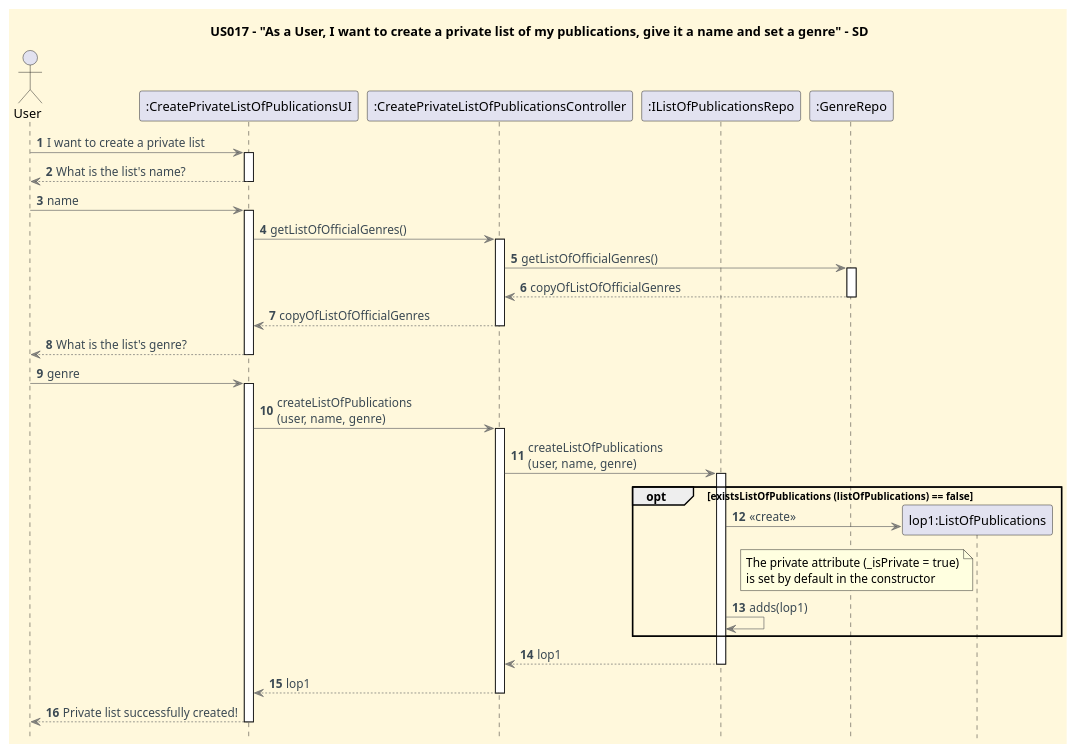
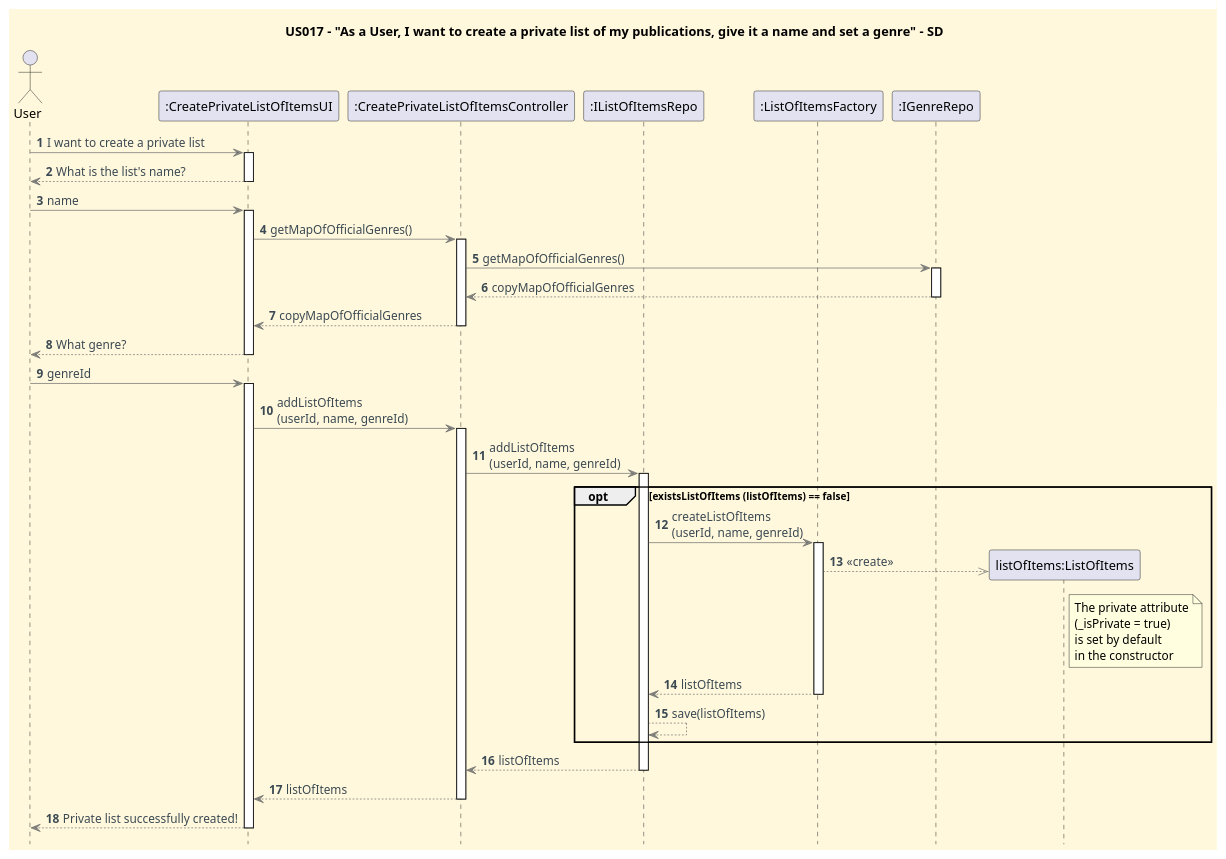
The diagram in docs/user-stories/US017/US017_to_create_a_private_list_SD.puml (CarolinaLeite-collab/JavaMarketplacePlatform), drawn with PlantUML before and after one commit. The commit also changed 1 other file, not shown here.

Commit message:
task: Updated CD and SD diagrams of US017 according to DDD guidelines, #483

```diff
--- a/docs/user-stories/US017/US017_to_create_a_private_list_SD.puml
+++ b/docs/user-stories/US017/US017_to_create_a_private_list_SD.puml
@@ -1,77 +1,85 @@
 @startuml
-'==== Title ====
+hide footbox
 title US017 - "As a User, I want to create a private list of my publications, give it a name and set a genre" - SD
 
-'==== basic style ====
+'==== basic style ===='
 skinparam monochrome false
-
+skinparam shadowing false
 skinparam defaultFontName Futura
 skinparam objectFontSize 20
 skinparam backgroundColor CornSilk
 skinparam objectBackgroundColor WhiteSmoke
 skinparam noteBackgroundColor #FFFFE0
 skinparam ArrowFontColor #3B4953
 skinparam ArrowColor #57595BAA
 
-hidefootbox
 autonumber
 autoactivate off
 
-' ==== Actor and participants ====
+'==== Actor and Participants ===='
 actor "User"
 
-participant ":CreatePrivateListOfPublicationsUI" as UI
-participant ":CreatePrivateListOfPublicationsController" as CTL
-participant ":IListOfPublicationsRepo" as LOPR
-participant ":GenreRepo" as GR
+participant ":CreatePrivateListOfItemsUI" as UI
+participant ":CreatePrivateListOfItemsController" as CTL
+participant ":IListOfItemsRepo" as IRepo
+participant ":ListOfItemsFactory" as Factory
+participant ":IGenreRepo" as IGenreRepo
 
-'==== UI interaction ====
+'==== UI interaction ===='
 "User" -> UI: I want to create a private list
 activate UI
 
 "User" <-- UI: What is the list's name?
 deactivate UI
-
 "User" -> UI: name
 activate UI
-UI -> CTL: getListOfOfficialGenres()
+
+UI -> CTL: getMapOfOfficialGenres()
 activate CTL
-CTL -> GR: getListOfOfficialGenres()
-activate GR
-CTL <-- GR: copyOfListOfOfficialGenres
-deactivate GR
-UI <-- CTL: copyOfListOfOfficialGenres
+CTL -> IGenreRepo: getMapOfOfficialGenres()
+activate IGenreRepo
+CTL <-- IGenreRepo: copyMapOfOfficialGenres
+deactivate IGenreRepo
+UI <-- CTL: copyMapOfOfficialGenres
 deactivate CTL
 
-"User" <-- UI: What is the list's genre?
+"User" <-- UI: What genre?
 deactivate UI
-"User" -> UI: genre
+"User" -> UI: genreId
 activate UI
 
-'==== Use case execution ====
-UI -> CTL: createListOfPublications\n(user, name, genre)
+'==== Use case execution ===='
+UI -> CTL: addListOfItems\n(userId, name, genreId)
 activate CTL
-CTL -> LOPR: createListOfPublications\n(user, name, genre)
-activate LOPR
+CTL -> IRepo: addListOfItems\n(userId, name, genreId)
+activate IRepo
 
-    opt existsListOfPublications (listOfPublications) == false
 
-        create "lop1:ListOfPublications" as lop1
-        LOPR -> lop1: <<create>>
-        note left of lop1
-                  The private attribute (_isPrivate = true)
-                  is set by default in the constructor
+    opt existsListOfItems (listOfItems) == false
+
+        IRepo -> Factory: createListOfItems\n(userId, name, genreId)
+        activate Factory
+
+        create "listOfItems:ListOfItems" as listOfItems
+        Factory -->> listOfItems: <<create>>
+        note right of listOfItems
+                  The private attribute
+                  (_isPrivate = true)
+                  is set by default
+                  in the constructor
               end note
-        LOPR -> LOPR: adds(lop1)
+        Factory --> IRepo: listOfItems
+        deactivate Factory
+        IRepo --> IRepo: save(listOfItems)
+
     end
 
 
-
-CTL <-- LOPR: lop1
-deactivate LOPR
-UI <-- CTL: lop1
+IRepo --> CTL: listOfItems
+deactivate IRepo
+UI <-- CTL: listOfItems
 deactivate CTL
-
 "User" <-- UI: Private list successfully created!
 deactivate UI
+
 @enduml
```
